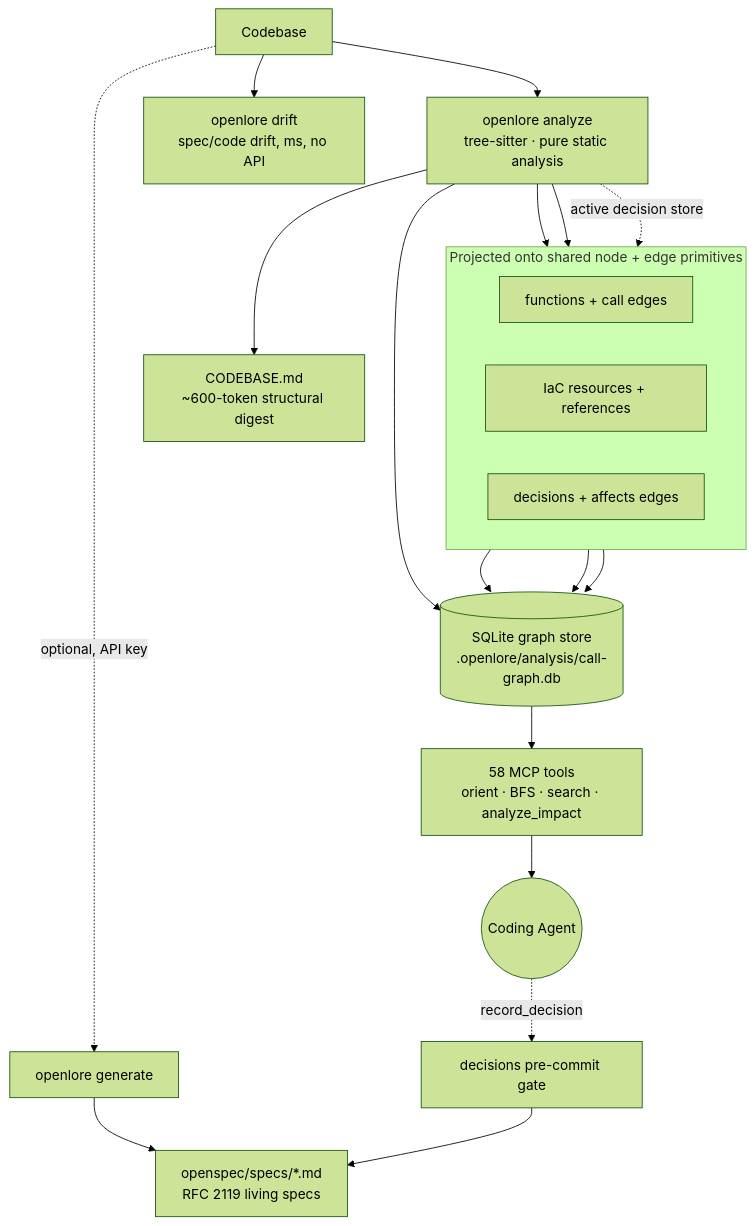
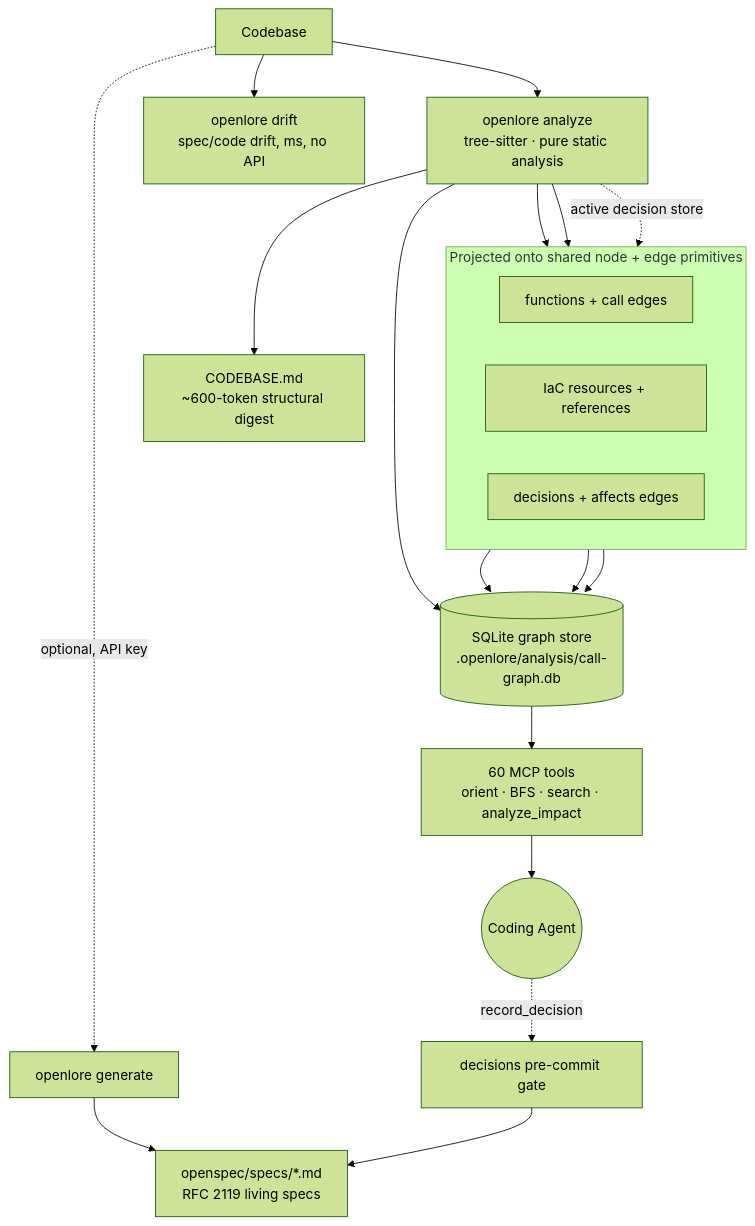
The first of 2 diagrams in README.md (zoroneo/OpenLore), drawn with Mermaid (forest theme) before and after one commit. The commit also changed other lines of this file and 3 other files, not shown here.

````diff
--- a/README.md
+++ b/README.md
@@ -413,28 +417,28 @@
 ```mermaid
 flowchart TD
     Code[Codebase] --> Analyze[openlore analyze<br/>tree-sitter · pure static analysis]
     Analyze --> DB[(SQLite graph store<br/>.openlore/analysis/call-graph.db)]
     Analyze --> Digest[CODEBASE.md<br/>~600-token structural digest]
 
     subgraph shared["Projected onto shared node + edge primitives"]
       direction LR
       CodeNodes[functions + call edges]
       Iac[IaC resources + references]
       Dec[decisions + affects edges]
     end
     Analyze --> CodeNodes
     Analyze --> Iac
     Analyze -. active decision store .-> Dec
     CodeNodes --> DB
     Iac --> DB
     Dec --> DB
 
-    DB --> MCP[58 MCP tools<br/>orient · BFS · search · analyze_impact]
+    DB --> MCP[60 MCP tools<br/>orient · BFS · search · analyze_impact]
     MCP --> Agent((Coding Agent))
 
     Code -. optional, API key .-> Gen[openlore generate]
     Gen --> Specs[openspec/specs/*.md<br/>RFC 2119 living specs]
     Code --> Drift[openlore drift<br/>spec/code drift, ms, no API]
     Agent -. record_decision .-> Gate[decisions pre-commit gate]
     Gate --> Specs
 ```
````
